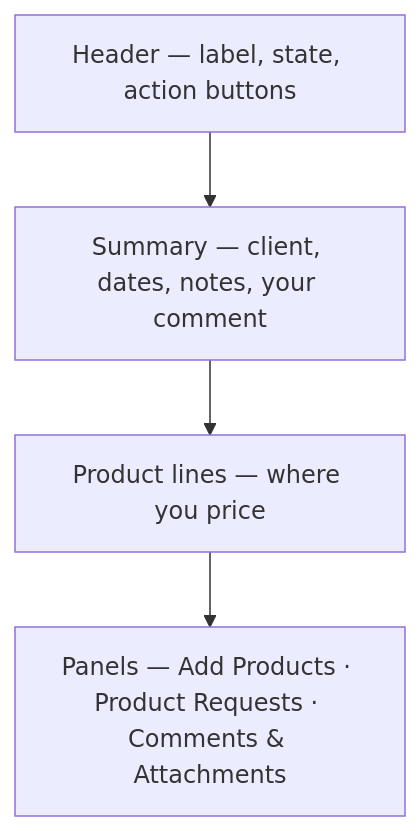
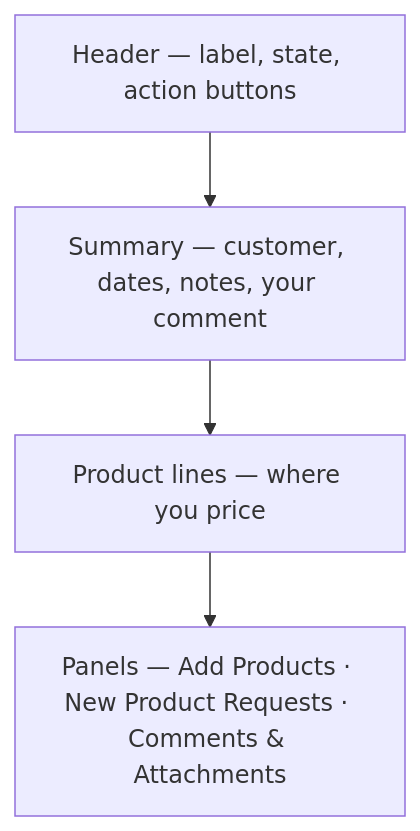
Before and after one commit to LaplaceSoftware/lp_projects_docs: the first of 3 diagrams in docs/b2b_ecommerce_docs/_user_guide/009-Account-Manager-Portal-Working-an-Order.md, drawn with Mermaid. The commit also changed other lines of this file and 48 other files, not shown here.

````diff
--- a/docs/b2b_ecommerce_docs/_user_guide/009-Account-Manager-Portal-Working-an-Order.md
+++ b/docs/b2b_ecommerce_docs/_user_guide/009-Account-Manager-Portal-Working-an-Order.md
@@ -19,6 +17,6 @@
 ```mermaid
 flowchart TB
-    H["Header — label, state, action buttons"] --> S["Summary — client, dates, notes, your comment"]
+    H["Header — label, state, action buttons"] --> S["Summary — customer, dates, notes, your comment"]
     S --> L["Product lines — where you price"]
-    L --> P["Panels — Add Products · Product Requests · Comments & Attachments"]
+    L --> P["Panels — Add Products · New Product Requests · Comments & Attachments"]
 ```
````
